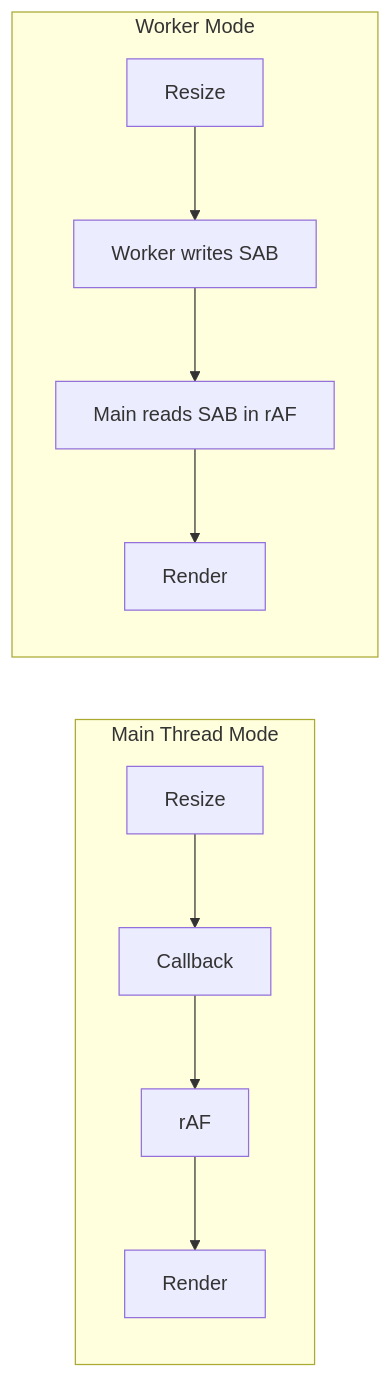
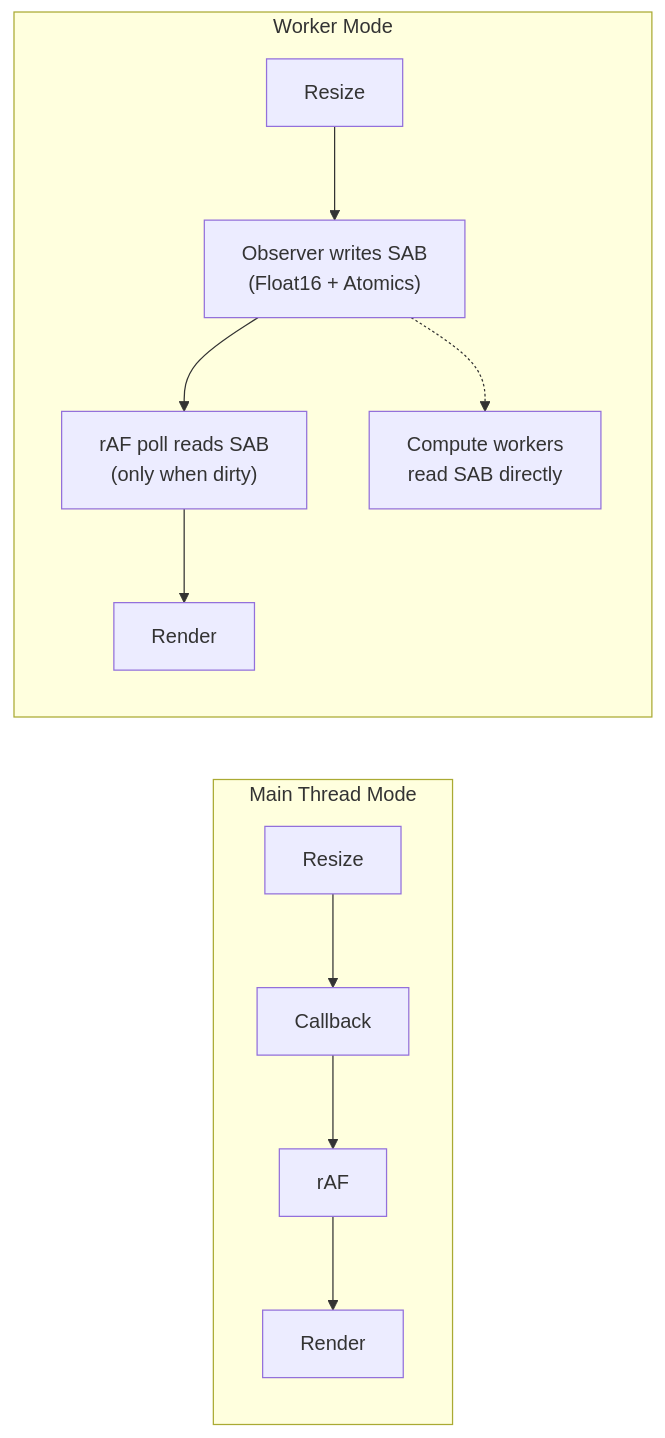
One commit to ABCrimson/use-resize-observer changed the third of 3 diagrams in docs/guide/performance.md. Above: the diagram before and after it, drawn with Mermaid. The commit also changed other lines of this file and 16 other files, not shown here.

````diff
--- a/docs/guide/performance.md
+++ b/docs/guide/performance.md
@@ -133,12 +134,13 @@
 ```mermaid
 flowchart LR
     subgraph MT["Main Thread Mode"]
         A["Resize"] --> B["Callback"] --> C["rAF"] --> D["Render"]
     end
 
     subgraph WM["Worker Mode"]
-        E["Resize"] --> F["Worker writes SAB"]
-        F --> G["Main reads SAB in rAF"]
+        E["Resize"] --> F["Observer writes SAB\n(Float16 + Atomics)"]
+        F --> G["rAF poll reads SAB\n(only when dirty)"]
         G --> H["Render"]
+        F -.-> W["Compute workers\nread SAB directly"]
     end
 ```
````
